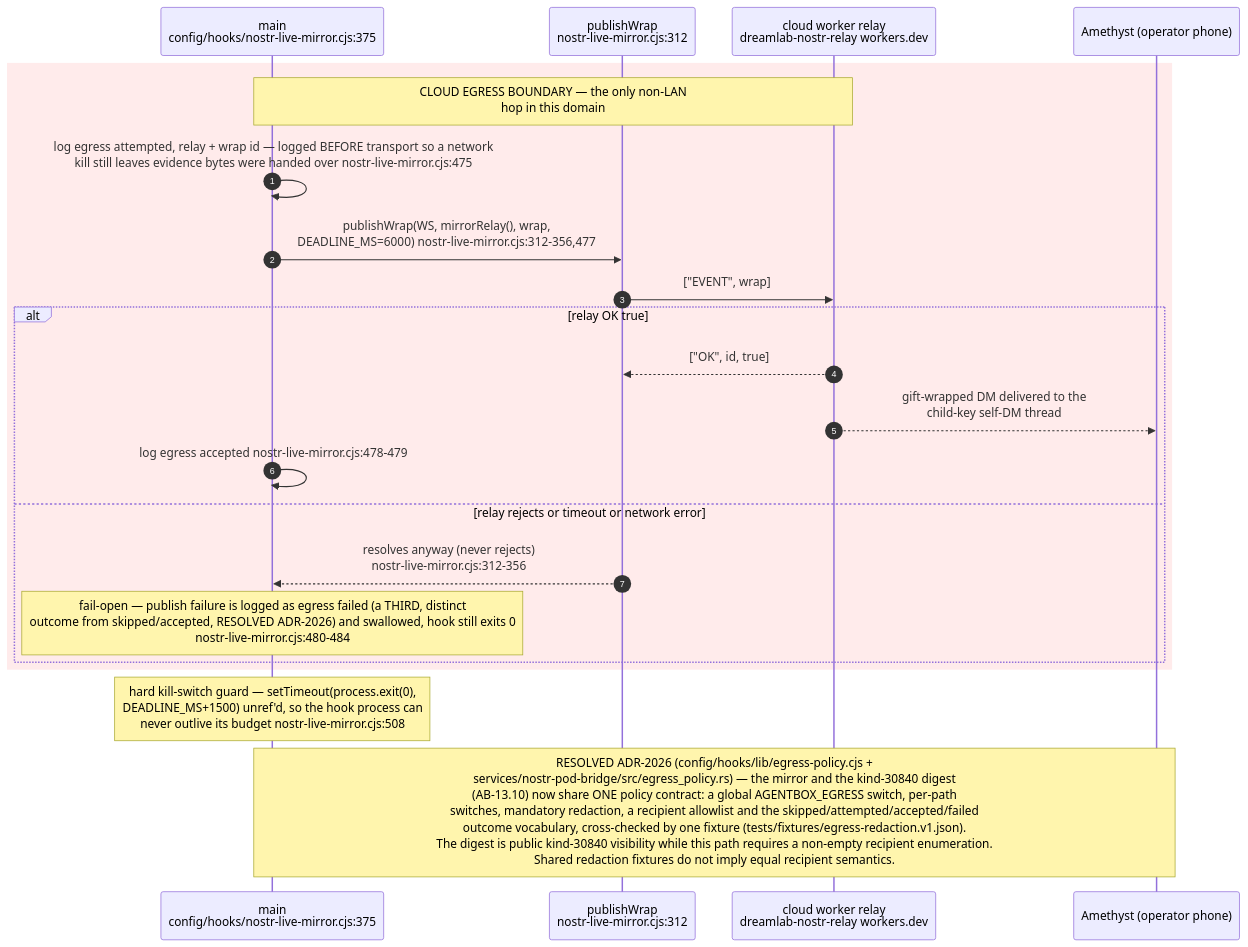
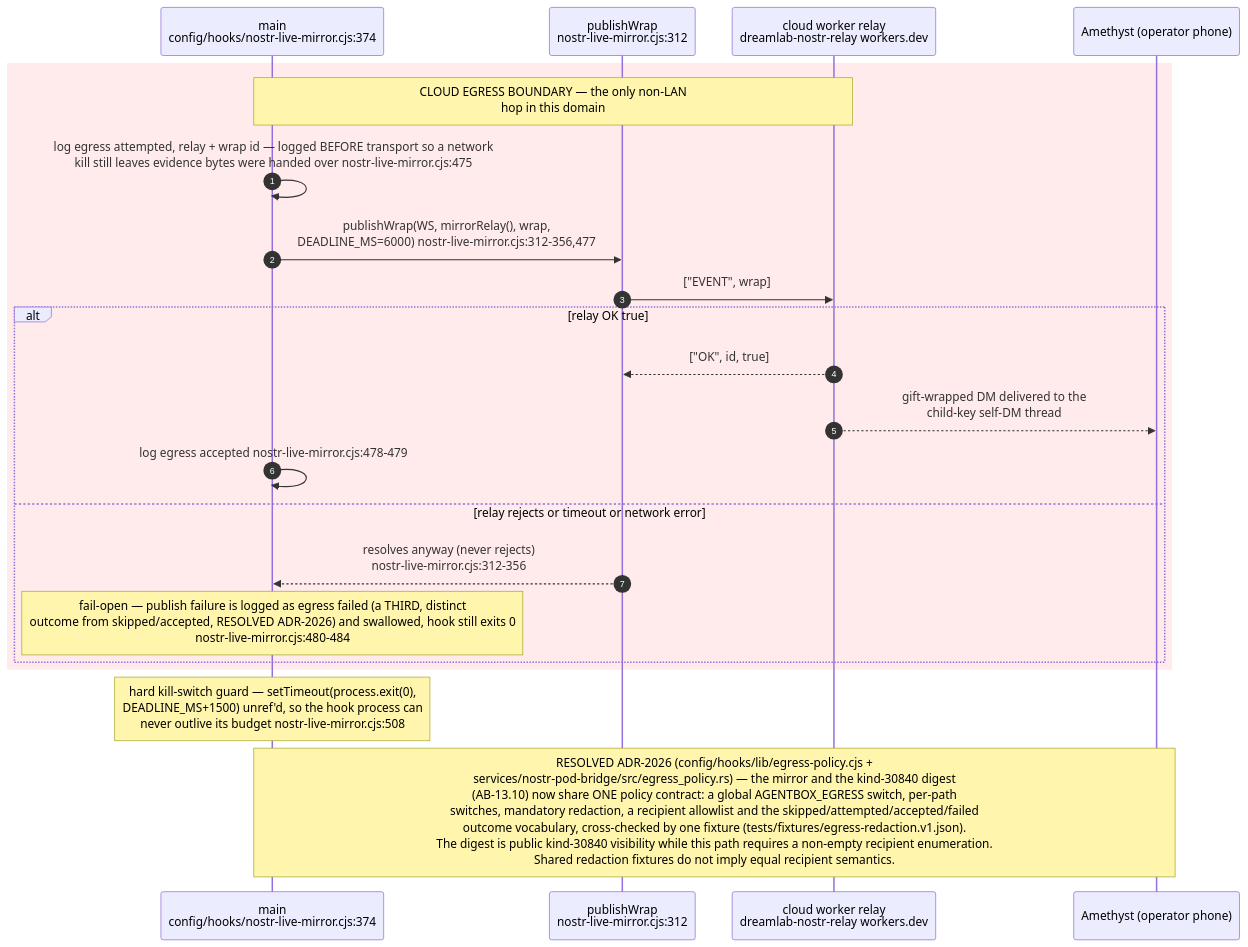
One commit to DreamLab-AI/VisionFlow changed diagram 12 of 17 in docs/diagrams/agentbox/13-nostr-relay-gateway-bridge-mirror.md. Above: the diagram before and after it, drawn with Mermaid. The commit also changed other lines of this file and 25 other files, not shown here.

````diff
--- a/docs/diagrams/agentbox/13-nostr-relay-gateway-bridge-mirror.md
+++ b/docs/diagrams/agentbox/13-nostr-relay-gateway-bridge-mirror.md
@@ -481,25 +481,25 @@
 ```mermaid
 sequenceDiagram
     autonumber
-    participant MAIN as main<br/>config/hooks/nostr-live-mirror.cjs:375
+    participant MAIN as main<br/>config/hooks/nostr-live-mirror.cjs:374
     participant PUB as publishWrap<br/>nostr-live-mirror.cjs:312
     participant CLOUD as cloud worker relay<br/>dreamlab-nostr-relay workers.dev
     participant AME as Amethyst (operator phone)
 
     rect rgb(255, 235, 235)
 Note over MAIN,CLOUD: CLOUD EGRESS BOUNDARY — the only non-LAN<br/>hop in this domain
 MAIN->>MAIN: log egress attempted, relay + wrap id — logged BEFORE transport so a network<br/>kill still leaves evidence bytes were handed over nostr-live-mirror.cjs:475
 MAIN->>PUB: publishWrap(WS, mirrorRelay(), wrap,<br/>DEADLINE_MS=6000) nostr-live-mirror.cjs:312-356,477
     PUB->>CLOUD: ["EVENT", wrap]
     alt relay OK true
         CLOUD-->>PUB: ["OK", id, true]
         CLOUD-->>AME: gift-wrapped DM delivered to the<br/>child-key self-DM thread
         MAIN->>MAIN: log egress accepted nostr-live-mirror.cjs:478-479
     else relay rejects or timeout or network error
 PUB-->>MAIN: resolves anyway (never rejects)<br/>nostr-live-mirror.cjs:312-356
 Note over MAIN: fail-open — publish failure is logged as egress failed (a THIRD, distinct<br/>outcome from skipped/accepted, RESOLVED ADR-2026) and swallowed, hook still exits 0<br/>nostr-live-mirror.cjs:480-484
     end
     end
 Note over MAIN: hard kill-switch guard — setTimeout(process.exit(0),<br/>DEADLINE_MS+1500) unref'd, so the hook process can<br/>never outlive its budget nostr-live-mirror.cjs:508
 Note over MAIN,AME: RESOLVED ADR-2026 (config/hooks/lib/egress-policy.cjs +<br/>services/nostr-pod-bridge/src/egress_policy.rs) — the mirror and the kind-30840 digest<br/>(AB-13.10) now share ONE policy contract: a global AGENTBOX_EGRESS switch, per-path<br/>switches, mandatory redaction, a recipient allowlist and the skipped/attempted/accepted/failed<br/>outcome vocabulary, cross-checked by one fixture (tests/fixtures/egress-redaction.v1.json).<br/>The digest is public kind-30840 visibility while this path requires a non-empty recipient enumeration.<br/>Shared redaction fixtures do not imply equal recipient semantics.
 ```
````
